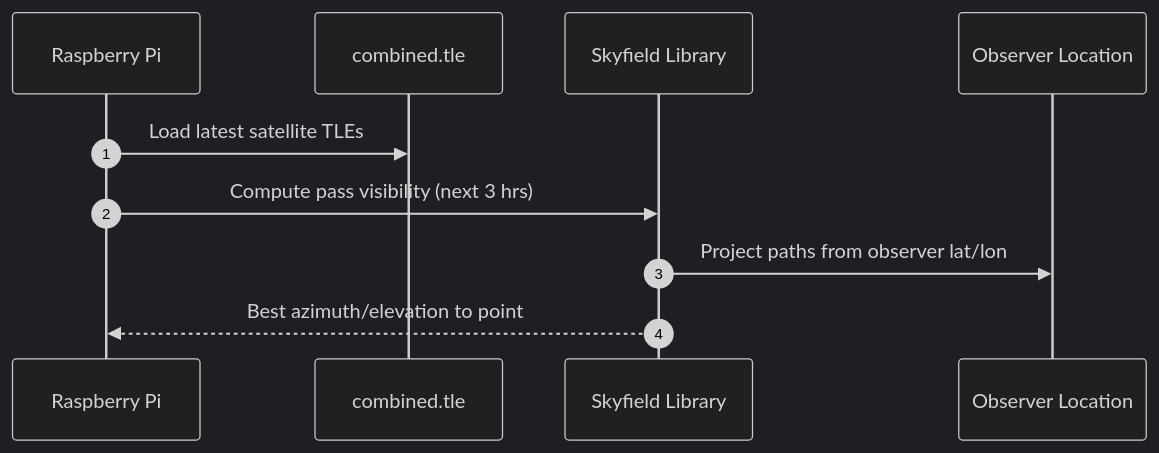
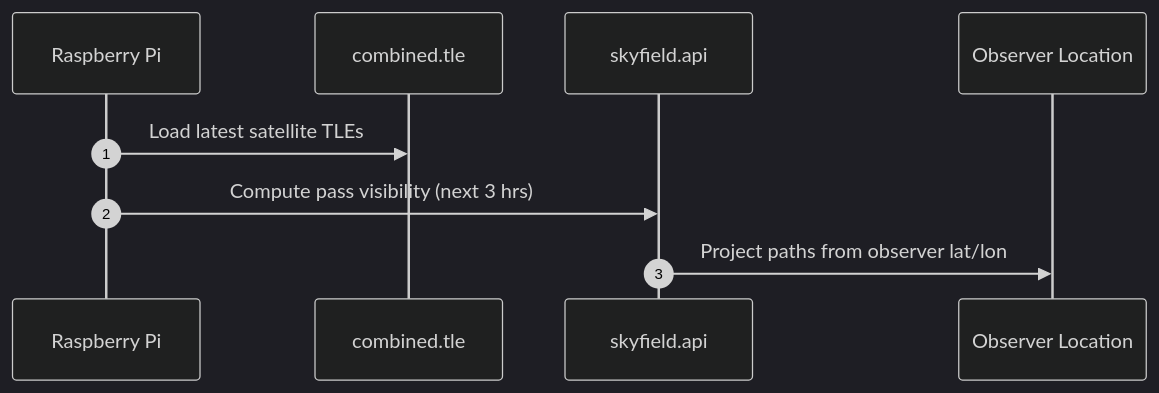
Before and after one commit to Dave-21/UPHDAS: the second of 6 diagrams in docs/UPHDAS_Sequence_Diagrams.md, drawn with Mermaid (dark theme). The commit also changed other lines of this file, not shown here.

````diff
--- a/docs/UPHDAS_Sequence_Diagrams.md
+++ b/docs/UPHDAS_Sequence_Diagrams.md
@@ -29,13 +31,12 @@
 ```mermaid
 sequenceDiagram
     autonumber
     participant Pi as Raspberry Pi
     participant TLE as combined.tle
-    participant Skyfield as Skyfield Library
+    participant Skyfield as skyfield.api
     participant Observer as Observer Location
 
     Pi->>TLE: Load latest satellite TLEs
     Pi->>Skyfield: Compute pass visibility (next 3 hrs)
     Skyfield->>Observer: Project paths from observer lat/lon
-    Skyfield-->>Pi: Best azimuth/elevation to point
 ```
````
